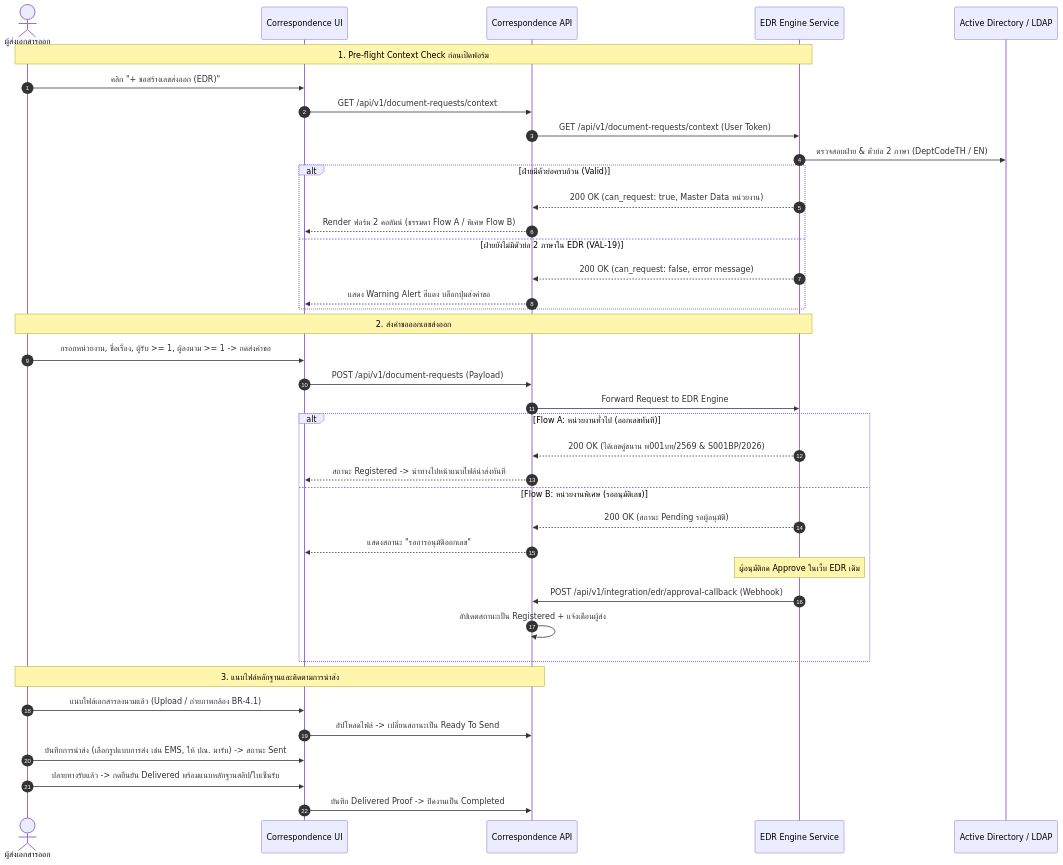
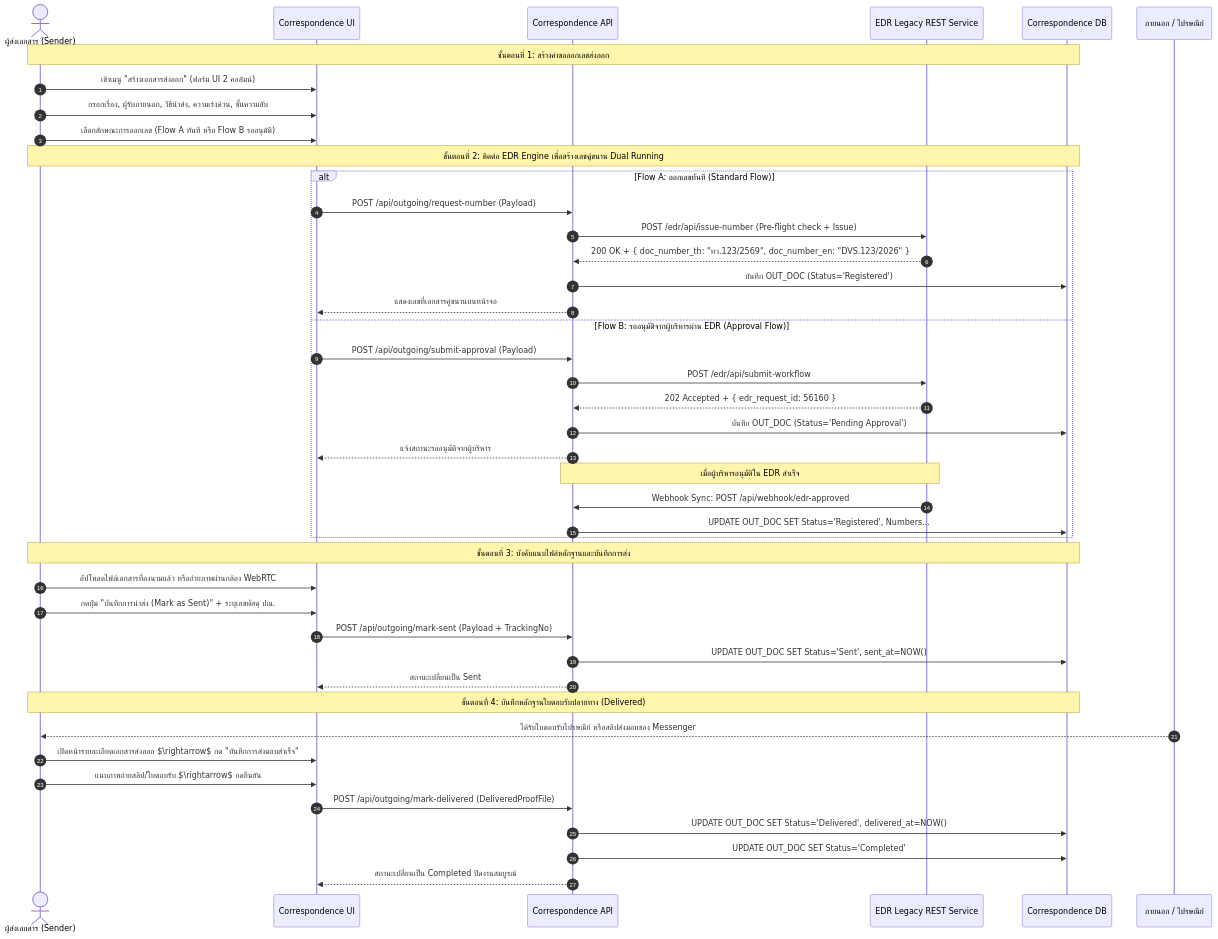
Before and after one commit to Nineteens19/DVS_Correspondence_system: the sixth of 14 diagrams in P2026-DVS_Correspondence_System_Consolidated_SRS_Analysis.md, drawn with Mermaid. The commit also changed other lines of this file and 12 other files, not shown here.

Commit message:
docs: restructure consolidated SRS to strict Deves BA standard, add system columns and sequence differences

````diff
--- a/P2026-DVS_Correspondence_System_Consolidated_SRS_Analysis.md
+++ b/P2026-DVS_Correspondence_System_Consolidated_SRS_Analysis.md
@@ -486,44 +408,49 @@
 ```mermaid
 sequenceDiagram
     autonumber
-    actor User as ผู้ส่งเอกสารออก
+    actor Sender as ผู้ส่งเอกสาร (Sender)
     participant UI as Correspondence UI
-    participant Gateway as Correspondence API
-    participant EDR as EDR Engine Service
-    participant LDAP as Active Directory / LDAP
+    participant API as Correspondence API
+    participant EDR as EDR Legacy REST Service
+    participant DB as Correspondence DB
+    participant Ext as ภายนอก / ไปรษณีย์
 
-    Note over User,EDR: 1. Pre-flight Context Check ก่อนเปิดฟอร์ม
-    User->>UI: คลิก "+ ขอสร้างเลขส่งออก (EDR)"
-    UI->>Gateway: GET /api/v1/document-requests/context
-    Gateway->>EDR: GET /api/v1/document-requests/context (User Token)
-    EDR->>LDAP: ตรวจสอบฝ่าย & ตัวย่อ 2 ภาษา (DeptCodeTH / EN)
-    alt ฝ่ายมีตัวย่อครบถ้วน (Valid)
-        EDR-->>Gateway: 200 OK (can_request: true, Master Data หน่วยงาน)
-        Gateway-->>UI: Render ฟอร์ม 2 คอลัมน์ (ธรรมดา Flow A / พิเศษ Flow B)
-    else ฝ่ายยังไม่มีตัวย่อ 2 ภาษาใน EDR (VAL-19)
-        EDR-->>Gateway: 200 OK (can_request: false, error message)
-        Gateway-->>UI: แสดง Warning Alert สีแดง บล็อกปุ่มส่งคำขอ
+    Note over Sender,DB: ขั้นตอนที่ 1: สร้างคำขอออกเลขส่งออก
+    Sender->>UI: เข้าเมนู "สร้างเอกสารส่งออก" (ฟอร์ม UI 2 คอลัมน์)
+    Sender->>UI: กรอกเรื่อง, ผู้รับภายนอก, วิธีนำส่ง, ความเร่งด่วน, ชั้นความลับ
+    Sender->>UI: เลือกลักษณะการออกเลข (Flow A ทันที หรือ Flow B รออนุมัติ)
+
+    Note over Sender,DB: ขั้นตอนที่ 2: ติดต่อ EDR Engine เพื่อสร้างเลขคู่ขนาน Dual Running
+    alt Flow A: ออกเลขทันที (Standard Flow)
+        UI->>API: POST /api/outgoing/request-number (Payload)
+        API->>EDR: POST /edr/api/issue-number (Pre-flight check + Issue)
+        EDR-->>API: 200 OK + { doc_number_th: "ทว.123/2569", doc_number_en: "DVS.123/2026" }
+        API->>DB: บันทึก OUT_DOC (Status='Registered')
+        API-->>UI: แสดงเลขที่เอกสารคู่ขนานบนหน้าจอ
+    else Flow B: รออนุมัติจากผู้บริหารผ่าน EDR (Approval Flow)
+        UI->>API: POST /api/outgoing/submit-approval (Payload)
+        API->>EDR: POST /edr/api/submit-workflow
+        EDR-->>API: 202 Accepted + { edr_request_id: 56160 }
+        API->>DB: บันทึก OUT_DOC (Status='Pending Approval')
+        API-->>UI: แจ้งสถานะรออนุมัติจากผู้บริหาร
+        Note over EDR,API: เมื่อผู้บริหารอนุมัติใน EDR สำเร็จ
+        EDR->>API: Webhook Sync: POST /api/webhook/edr-approved
+        API->>DB: UPDATE OUT_DOC SET Status='Registered', Numbers...
     end
 
-    Note over User,EDR: 2. ส่งคำขอออกเลขส่งออก
-    User->>UI: กรอกหน่วยงาน, ชื่อเรื่อง, ผู้รับ >= 1, ผู้ลงนาม >= 1 -> กดส่งคำขอ
-    UI->>Gateway: POST /api/v1/document-requests (Payload)
-    Gateway->>EDR: Forward Request to EDR Engine
-    alt Flow A: หน่วยงานทั่วไป (ออกเลขทันที)
-        EDR-->>Gateway: 200 OK (ได้เลขคู่ขนาน พ001บท/2569 & S001BP/2026)
-        Gateway-->>UI: สถานะ Registered -> นำทางไปหน้าแนบไฟล์นำส่งทันที
-    else Flow B: หน่วยงานพิเศษ (รออนุมัติเลข)
-        EDR-->>Gateway: 200 OK (สถานะ Pending รอผู้อนุมัติ)
-        Gateway-->>UI: แสดงสถานะ "รอการอนุมัติออกเลข"
-        Note over EDR: ผู้อนุมัติกด Approve ในเว็บ EDR เดิม
-        EDR->>Gateway: POST /api/v1/integration/edr/approval-callback (Webhook)
-        Gateway->>Gateway: อัปเดตสถานะเป็น Registered + แจ้งเตือนผู้ส่ง
-    end
+    Note over Sender,DB: ขั้นตอนที่ 3: บังคับแนบไฟล์หลักฐานและบันทึกการส่ง
+    Sender->>UI: อัปโหลดไฟล์เอกสารที่ลงนามแล้ว หรือถ่ายภาพผ่านกล้อง WebRTC
+    Sender->>UI: กดปุ่ม "บันทึกการนำส่ง (Mark as Sent)" + ระบุเลขพัสดุ ปณ.
+    UI->>API: POST /api/outgoing/mark-sent (Payload + TrackingNo)
+    API->>DB: UPDATE OUT_DOC SET Status='Sent', sent_at=NOW()
+    API-->>UI: สถานะเปลี่ยนเป็น Sent
 
-    Note over User,Gateway: 3. แนบไฟล์หลักฐานและติดตามการนำส่ง
-    User->>UI: แนบไฟล์เอกสารลงนามแล้ว (Upload / ถ่ายภาพกล้อง BR-4.1)
-    UI->>Gateway: อัปโหลดไฟล์ -> เปลี่ยนสถานะเป็น Ready To Send
-    User->>UI: บันทึกการนำส่ง (เลือกรูปแบบการส่ง เช่น EMS, ให้ ปณ. มารับ) -> สถานะ Sent
-    User->>UI: ปลายทางรับแล้ว -> กดยืนยัน Delivered พร้อมแนบหลักฐานสลิป/ใบเซ็นรับ
-    UI->>Gateway: บันทึก Delivered Proof -> ปิดงานเป็น Completed
+    Note over Sender,DB: ขั้นตอนที่ 4: บันทึกหลักฐานใบตอบรับปลายทาง (Delivered)
+    Ext-->>Sender: ได้รับใบตอบรับไปรษณีย์ หรือสลิปส่งมอบของ Messenger
+    Sender->>UI: เปิดหน้ารายละเอียดเอกสารส่งออก $\rightarrow$ กด "บันทึกการส่งมอบสำเร็จ"
+    Sender->>UI: แนบภาพถ่ายสลิป/ใบตอบรับ $\rightarrow$ กดยืนยัน
+    UI->>API: POST /api/outgoing/mark-delivered (DeliveredProofFile)
+    API->>DB: UPDATE OUT_DOC SET Status='Delivered', delivered_at=NOW()
+    API->>DB: UPDATE OUT_DOC SET Status='Completed'
+    API-->>UI: สถานะเปลี่ยนเป็น Completed ปิดงานสมบูรณ์
 ```
````
